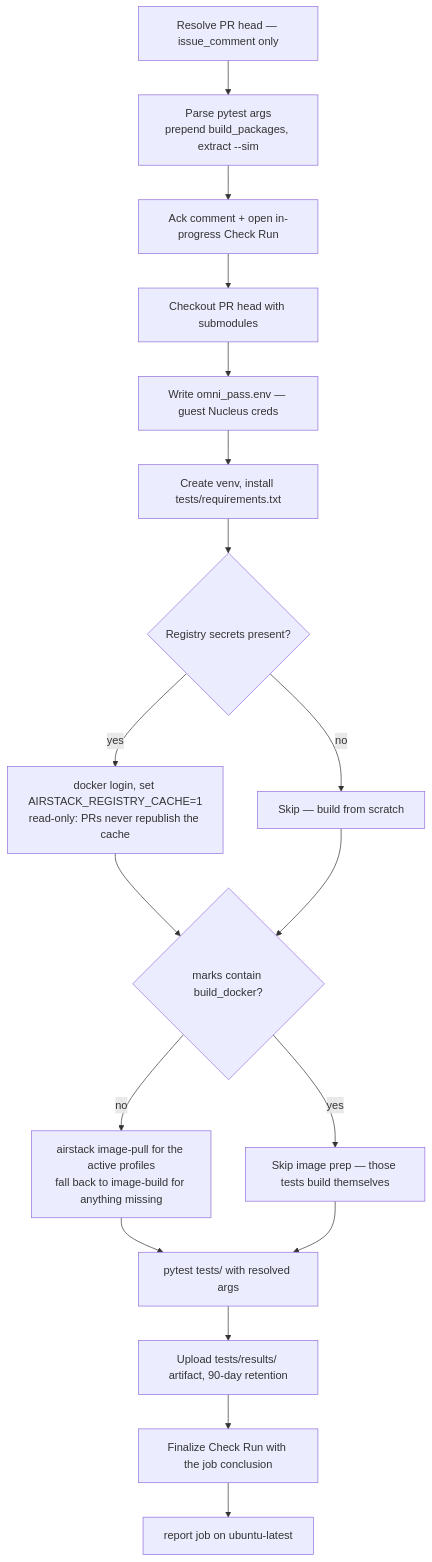
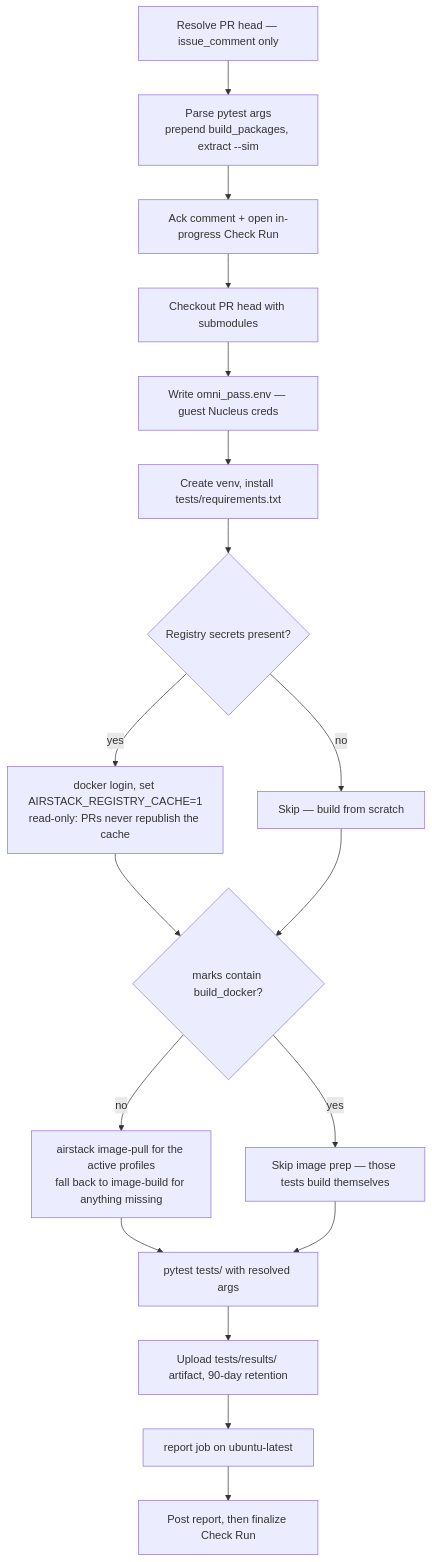
The fourth of 8 diagrams in docs/development/intermediate/testing/ci_cd.md (castacks/AirStack), drawn with Mermaid before and after one commit. The commit also changed other lines of this file and 26 other files, not shown here.

````diff
--- a/docs/development/intermediate/testing/ci_cd.md
+++ b/docs/development/intermediate/testing/ci_cd.md
@@ -224,20 +224,20 @@
 ```mermaid
 flowchart TD
   a["Resolve PR head — issue_comment only"] --> b["Parse pytest args<br/>prepend build_packages, extract --sim"]
   b --> c["Ack comment + open in-progress Check Run"]
   c --> d["Checkout PR head with submodules"]
   d --> e["Write omni_pass.env — guest Nucleus creds"]
   e --> f["Create venv, install tests/requirements.txt"]
   f --> g{"Registry secrets present?"}
   g -- yes --> h["docker login, set AIRSTACK_REGISTRY_CACHE=1<br/>read-only: PRs never republish the cache"]
   g -- no --> i["Skip — build from scratch"]
   h --> j{"marks contain build_docker?"}
   i --> j
   j -- yes --> l["Skip image prep — those tests build themselves"]
   j -- no --> k["airstack image-pull for the active profiles<br/>fall back to image-build for anything missing"]
   k --> m["pytest tests/ with resolved args"]
   l --> m
   m --> n["Upload tests/results/ artifact, 90-day retention"]
-  n --> o["Finalize Check Run with the job conclusion"]
-  o --> p["report job on ubuntu-latest"]
+  n --> p["report job on ubuntu-latest"]
+  p --> o["Post report, then finalize Check Run"]
 ```
````
